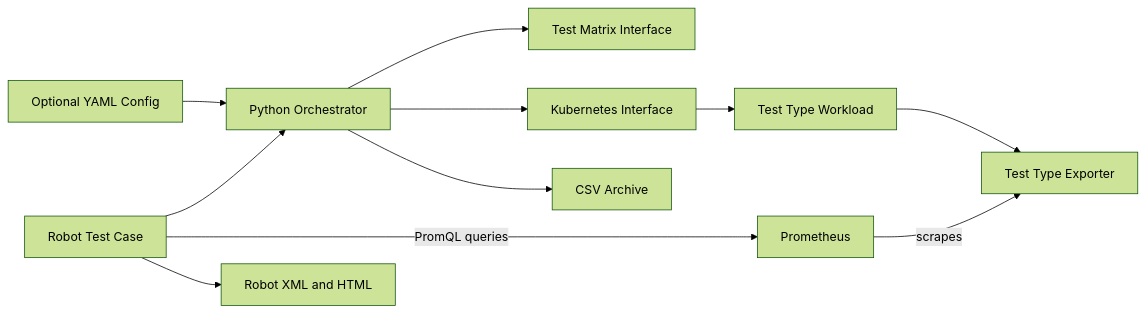
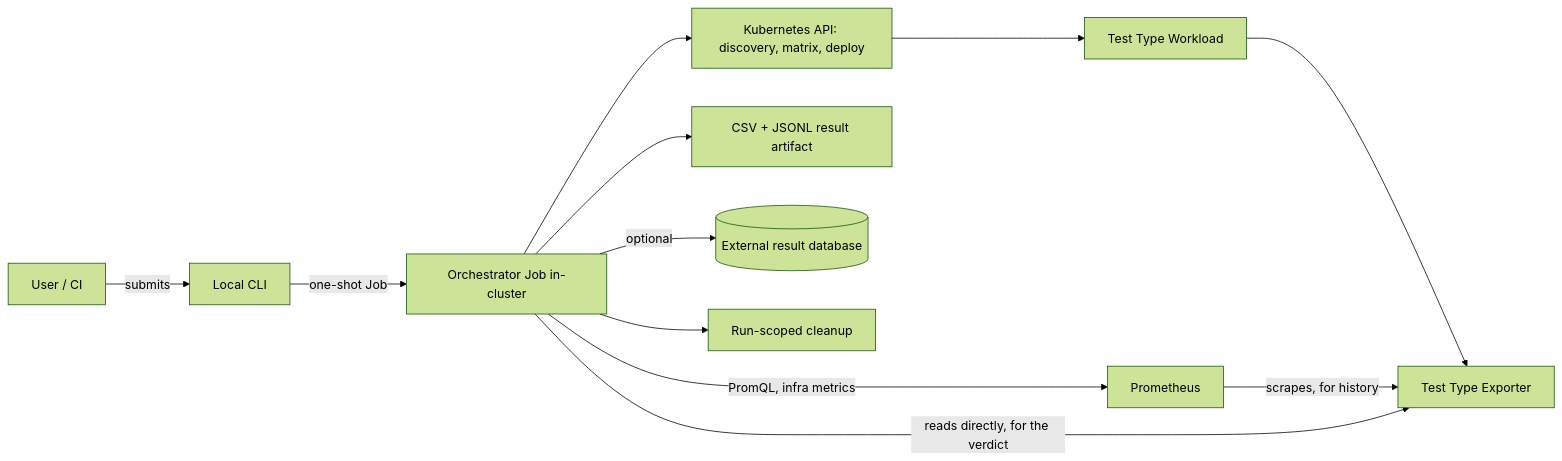
One commit to dokimi-io/dokimi changed the first of 3 diagrams in README.md. Above: the diagram before and after it, drawn with Mermaid (forest theme). The commit also changed other lines of this file and 1 other file, not shown here.

````diff
--- a/README.md
+++ b/README.md
@@ -77,15 +97,17 @@
 ```mermaid
 flowchart LR
-    ROBOT[Robot Test Case] --> ORCH[Python Orchestrator]
-    YAML[Optional YAML Config] --> ORCH
+    USER[User / CI] -->|submits| CLI[Local CLI]
+    CLI -->|one-shot Job| JOB[Orchestrator Job in-cluster]
 
-    ORCH --> MATRIX[Test Matrix Interface]
-    ORCH --> K8S[Kubernetes Interface]
+    JOB --> K8S[Kubernetes API: discovery, matrix, deploy]
     K8S --> TEST[Test Type Workload]
     TEST --> EXPORTER[Test Type Exporter]
 
-    PROM[Prometheus] -->|scrapes| EXPORTER
-    ROBOT -->|PromQL queries| PROM
-    ROBOT --> RESULTS[Robot XML and HTML]
-    ORCH --> CSV[CSV Archive]
+    PROM[Prometheus] -->|scrapes, for history| EXPORTER
+    JOB -->|reads directly, for the verdict| EXPORTER
+    JOB -->|PromQL, infra metrics| PROM
+
+    JOB --> RESULT[CSV + JSONL result artifact]
+    JOB -->|optional| DB[(External result database)]
+    JOB --> CLEANUP[Run-scoped cleanup]
 ```
````
